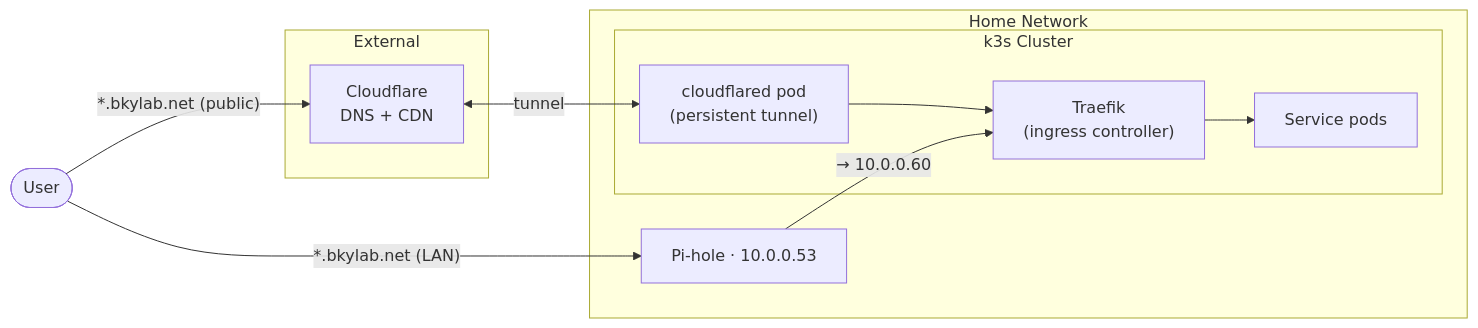
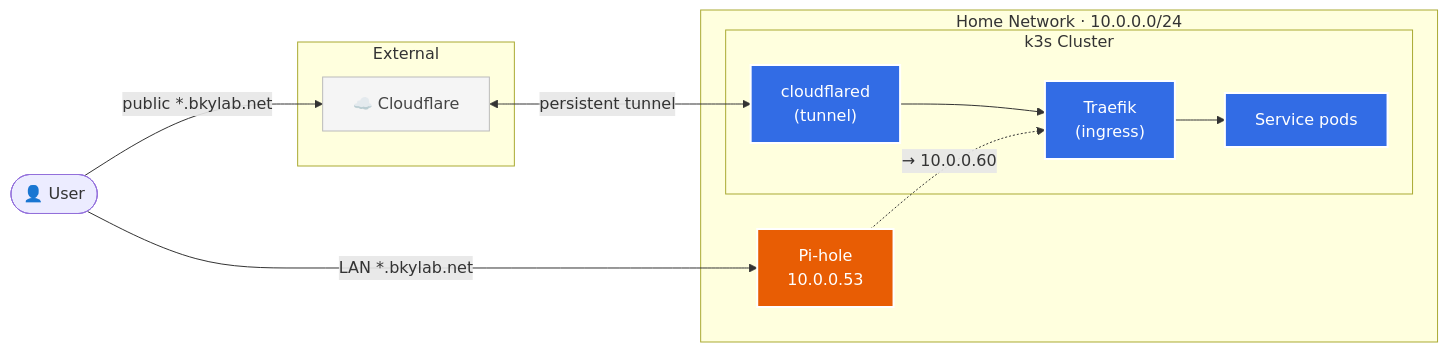
One commit to byeich/homelab changed the third of 5 diagrams in docs/architecture.md. Above: the diagram before and after it, drawn with Mermaid. The commit also changed other lines of this file and 1 other file, not shown here.

Commit message:
diagram updates

````diff
--- a/docs/architecture.md
+++ b/docs/architecture.md
@@ -26,27 +119,35 @@
 ```mermaid
-graph LR
-    user(["User"])
+flowchart LR
+    user(["👤 User"])
 
     subgraph ext["External"]
-        cf["Cloudflare\nDNS + CDN"]
+        cf["☁️ Cloudflare"]
     end
 
-    subgraph home["Home Network"]
-        pihole["Pi-hole · 10.0.0.53"]
+    subgraph home["Home Network · 10.0.0.0/24"]
+        pihole["Pi-hole\n10.0.0.53"]
 
         subgraph cluster["k3s Cluster"]
-            cfpod["cloudflared pod\n(persistent tunnel)"]
-            traefik["Traefik\n(ingress controller)"]
+            cfpod["cloudflared\n(tunnel)"]
+            traefik["Traefik\n(ingress)"]
             svc["Service pods"]
         end
     end
 
-    user -->|"*.bkylab.net  (public)"| cf
-    cf <-->|"tunnel"| cfpod
+    user -->|"public  *.bkylab.net"| cf
+    cf <-->|"persistent tunnel"| cfpod
     cfpod --> traefik
 
-    user -->|"*.bkylab.net  (LAN)"| pihole
-    pihole -->|"→ 10.0.0.60"| traefik
+    user -->|"LAN  *.bkylab.net"| pihole
+    pihole -.->|"→ 10.0.0.60"| traefik
 
     traefik --> svc
+
+    classDef k8s fill:#326ce5,stroke:#fff,stroke-width:2px,color:#fff
+    classDef dns fill:#e85d04,stroke:#fff,stroke-width:2px,color:#fff
+    classDef ext fill:#f5f5f5,stroke:#bbb,color:#444
+
+    class cfpod,traefik,svc k8s
+    class pihole dns
+    class cf ext
 ```
````
